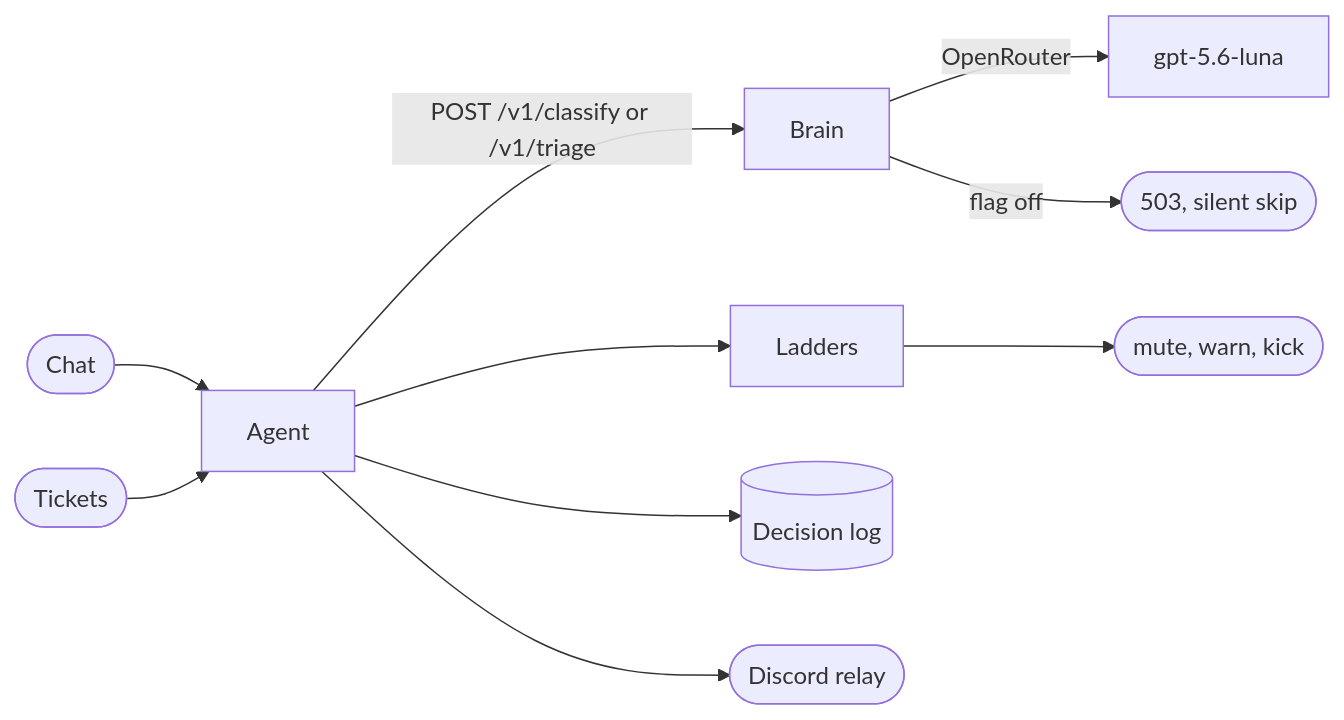
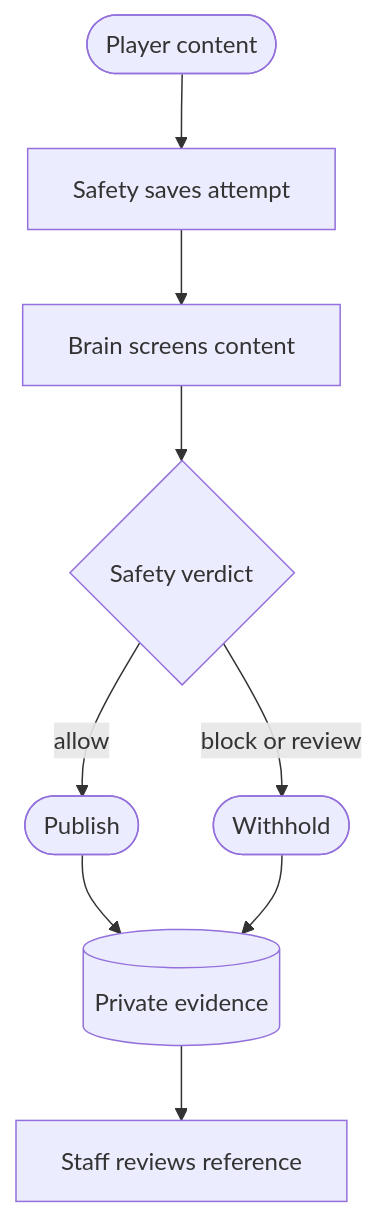
One commit to shepherdjerred/monorepo changed the diagram in packages/docs/wiki/src/content/docs/explanation/the-storm-ai-staff.md. Above: the diagram before and after it, drawn with Mermaid. The commit also changed other lines of this file and 130 other files, not shown here.

First line of the commit message:
feat(the-storm): screen player content and retain moderation evidence

````diff
--- a/packages/docs/wiki/src/content/docs/explanation/the-storm-ai-staff.md
+++ b/packages/docs/wiki/src/content/docs/explanation/the-storm-ai-staff.md
@@ -10,14 +10,13 @@
 ```mermaid
-flowchart LR
-accTitle: AI staff request flow
-accDescr: Chat and tickets flow from the game to the agent, which calls the brain over HTTPS and enforces through ladders or records to the decision log.
-  Chat([Chat]) --> Agent
-  Tickets([Tickets]) --> Agent
-  Agent -->|POST /v1/classify or /v1/triage| Brain
-  Brain -->|OpenRouter| Luna[gpt-5.6-luna]
-  Brain -->|flag off| Off([503, silent skip])
-  Agent --> Ladders[Ladders]
-  Ladders --> Act([mute, warn, kick])
-  Agent --> Log[(Decision log)]
-  Agent --> Discord([Discord relay])
+flowchart TB
+accTitle: Content admission flow
+accDescr: Safety saves each attempt, obtains a stateless content judgment, and either publishes it or holds it for review. Both outcomes stay in private evidence.
+  Content([Player content]) --> Save[Safety saves attempt]
+  Save --> Brain[Brain screens content]
+  Brain --> Verdict{Safety verdict}
+  Verdict -->|allow| Publication([Publish])
+  Verdict -->|block or review| Hold([Withhold])
+  Publication --> Evidence[(Private evidence)]
+  Hold --> Evidence
+  Evidence --> Review[Staff reviews reference]
 ```
````
